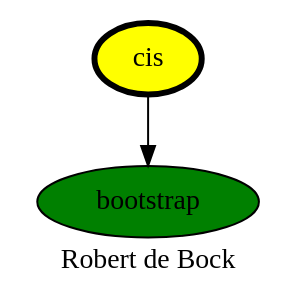
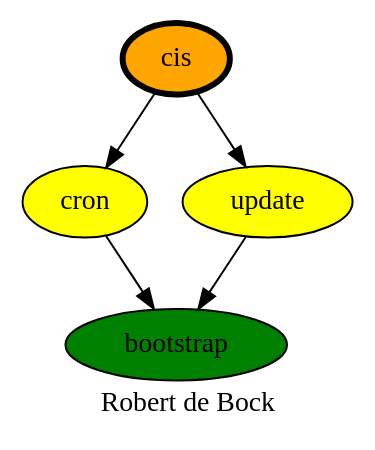
One commit to robertdebock/drawings changed the diagram in cis.dot. Above: the diagram before and after it, drawn with Graphviz. The commit also changed 1 other file, not shown here.

Commit message:
cis depends on others now.

```diff
--- a/cis.dot
+++ b/cis.dot
@@ -1,9 +1,12 @@
 digraph PhiloDilemma {
   label = "Robert de Bock" ;
   overlap=false
   {
     bootstrap [fillcolor=green style=filled]
-    cis [fillcolor=yellow style=filled penwidth=3]
+    cron [fillcolor=yellow style=filled]
+    update [fillcolor=yellow style=filled]
+    cis [fillcolor=orange style=filled penwidth=3]
   }
-  cis -> bootstrap
+  cis -> {cron update}
+  {cron update} -> bootstrap
 }
```
